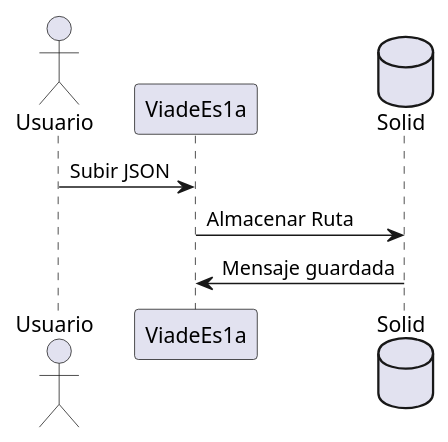
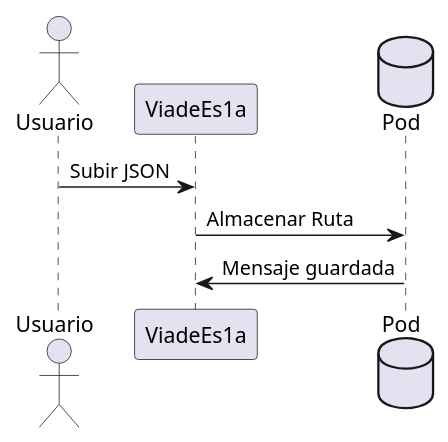
The second of 4 diagrams in src/docs/06_runtime_view.adoc (Arquisoft/viade_es1a), drawn with PlantUML before and after one commit. The commit also changed other lines of this file and 8 other files, not shown here.

```diff
--- a/src/docs/06_runtime_view.adoc
+++ b/src/docs/06_runtime_view.adoc
@@ -24,15 +24,15 @@
 [plantuml,Nueva ruta,png]
 ----
 @startuml
 
 actor Usuario
 
 Usuario -> ViadeEs1a:Subir JSON
-database Solid
+database Pod
 
-ViadeEs1a -> Solid:Almacenar Ruta
- Solid -> ViadeEs1a:Mensaje guardada
+ViadeEs1a -> Pod:Almacenar Ruta
+ Pod -> ViadeEs1a:Mensaje guardada
 
 
 @enduml
 ----
```
